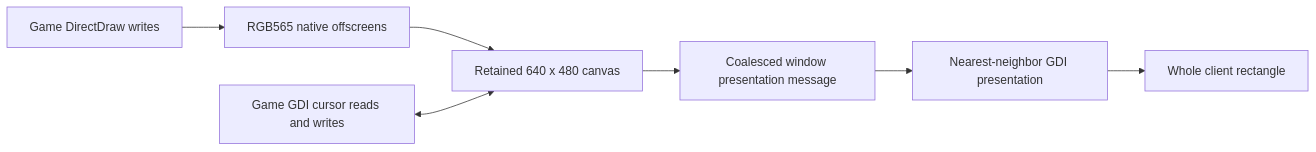
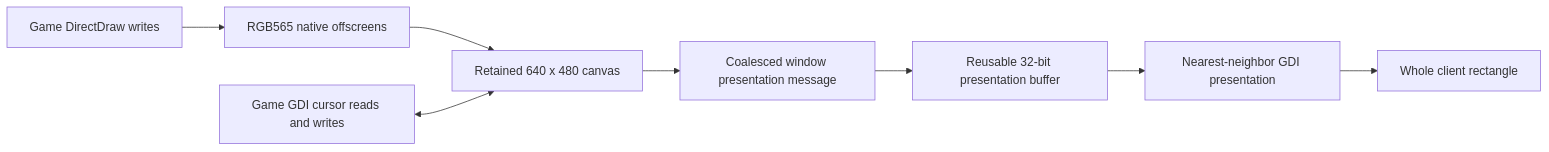
Before and after one commit to BuildWithRaymond/DAWindower: the second of 2 diagrams in docs/architecture.md, drawn with Mermaid. The commit also changed other lines of this file and 9 other files, not shown here.

````diff
--- a/docs/architecture.md
+++ b/docs/architecture.md
@@ -56,9 +56,10 @@
 ```mermaid
 flowchart LR
     D[Game DirectDraw writes] --> S[RGB565 native offscreens]
     S --> C[Retained 640 x 480 canvas]
     G[Game GDI cursor reads and writes] <--> C
     C --> Q[Coalesced window presentation message]
-    Q --> P[Nearest-neighbor GDI presentation]
+    Q --> B[Reusable 32-bit presentation buffer]
+    B --> P[Nearest-neighbor GDI presentation]
     P --> W[Whole client rectangle]
 ```
````
